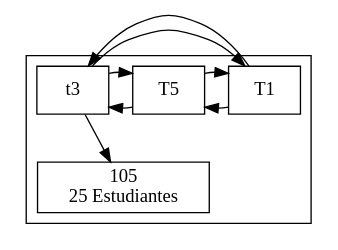
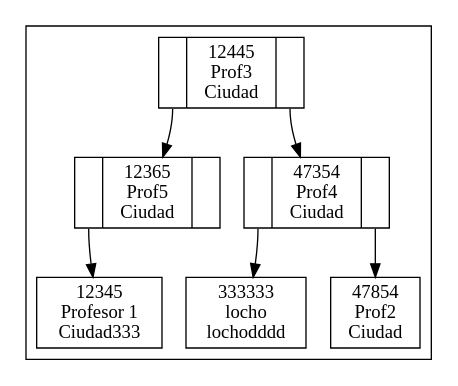
Before and after one commit to Chejohrpp/P2ED: the diagram in img/dibujable.dot, drawn with Graphviz. The commit also changed 20 other files, not shown here.

```diff
--- a/img/dibujable.dot
+++ b/img/dibujable.dot
@@ -1,14 +1,15 @@
-digraph g{subgraph cluster_edificio{
-node [shape=box,color=black];
-edificio_T1->edificio_T5[constraint=false];
-edificio_T1[label="T1"];
-edificio_T5->edificio_t3[constraint=false];
-edificio_T5[label="T5"];
-edificio_t3->edificio_T1[constraint=false];
-edificio_t3[label="t3"];
-edificio_T1->edificio_t3[constraint=false];
-edificio_T5->edificio_T1[constraint=false];
-edificio_t3->edificio_T5[constraint=false];
-edificio_t3->salon_edificio_t3105;
-salon_edificio_t3105[label="105\n25 Estudiantes "];
+digraph g{subgraph cluster_arbol_Catedratico{
+rankdir=TB;
+node[shape = record, style=filled, fillcolor=white];
+Catedratico12445:C0->Catedratico12365;
+Catedratico12365:C0->Catedratico12345;
+Catedratico12345[label="12345\nProfesor 1\nCiudad333"];
+Catedratico12365[ label ="<C0>|12365\nProf5\nCiudad|<C1>"];
+Catedratico12445:C1->Catedratico47354;
+Catedratico47354:C0->Catedratico333333;
+Catedratico333333[label="333333\nlocho\nlochodddd"];
+Catedratico47354:C1->Catedratico47854;
+Catedratico47854[label="47854\nProf2\nCiudad"];
+Catedratico47354[ label ="<C0>|47354\nProf4\nCiudad|<C1>"];
+Catedratico12445[ label ="<C0>|12445\nProf3\nCiudad|<C1>"];
 } }
```
